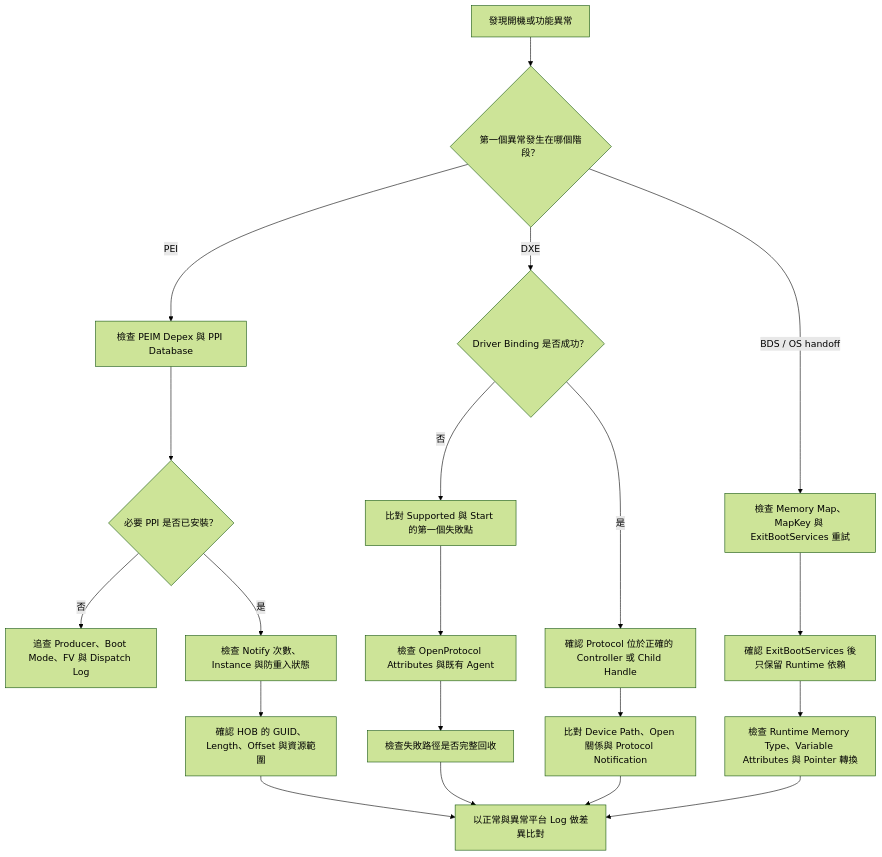
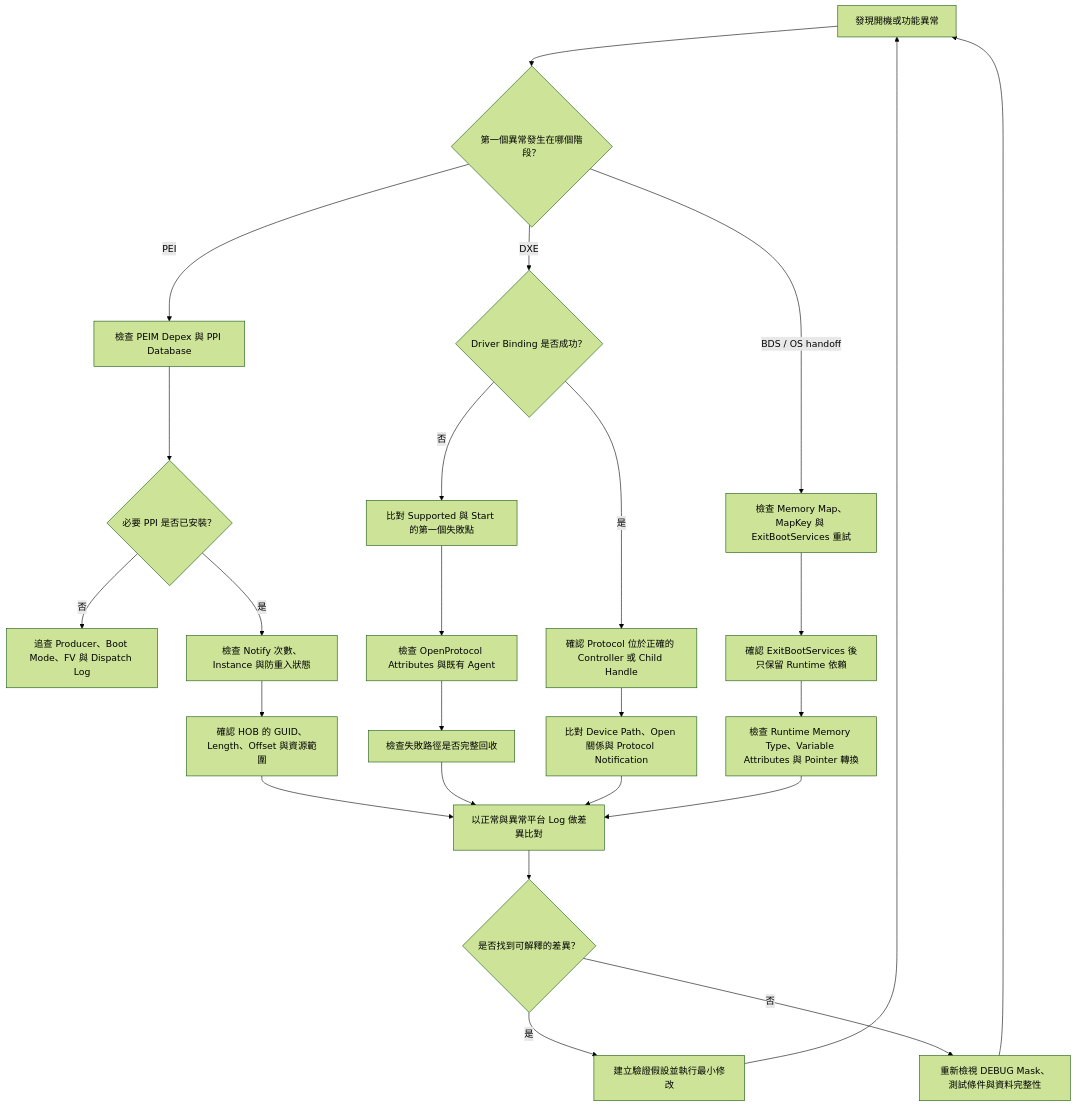
The fourth of 4 diagrams in 01_part_1_uefi_architecture_and_boot_flow/04_hob_protocol_ppi_and_uefi_services.md (davidchen0970/BIOS_Porting_Reference), drawn with Mermaid (forest theme) before and after one commit. The commit also changed other lines of this file, not shown here.

````diff
--- a/01_part_1_uefi_architecture_and_boot_flow/04_hob_protocol_ppi_and_uefi_services.md
+++ b/01_part_1_uefi_architecture_and_boot_flow/04_hob_protocol_ppi_and_uefi_services.md
@@ -565,22 +600,27 @@
 ```mermaid
 flowchart TD
     A[發現開機或功能異常] --> B{第一個異常發生在哪個階段？}
     B -->|PEI| C[檢查 PEIM Depex 與 PPI Database]
     C --> C1{必要 PPI 是否已安裝？}
     C1 -->|否| C2[追查 Producer、Boot Mode、FV 與 Dispatch Log]
     C1 -->|是| D[檢查 Notify 次數、Instance 與防重入狀態]
     D --> E[確認 HOB 的 GUID、Length、Offset 與資源範圍]
     B -->|DXE| F{Driver Binding 是否成功？}
     F -->|否| G[比對 Supported 與 Start 的第一個失敗點]
     G --> G1[檢查 OpenProtocol Attributes 與既有 Agent]
     G1 --> G2[檢查失敗路徑是否完整回收]
     F -->|是| H[確認 Protocol 位於正確的 Controller 或 Child Handle]
     H --> I[比對 Device Path、Open 關係與 Protocol Notification]
     B -->|BDS / OS handoff| J[檢查 Memory Map、MapKey 與 ExitBootServices 重試]
     J --> K[確認 ExitBootServices 後只保留 Runtime 依賴]
     K --> L[檢查 Runtime Memory Type、Variable Attributes 與 Pointer 轉換]
     E --> M[以正常與異常平台 Log 做差異比對]
     G2 --> M
     I --> M
     L --> M
+    M --> N{是否找到可解釋的差異？}
+    N -->|是| O[建立驗證假設並執行最小修改]
+    O --> A
+    N -->|否| P[重新檢視 DEBUG Mask、測試條件與資料完整性]
+    P --> A
 ```
````
